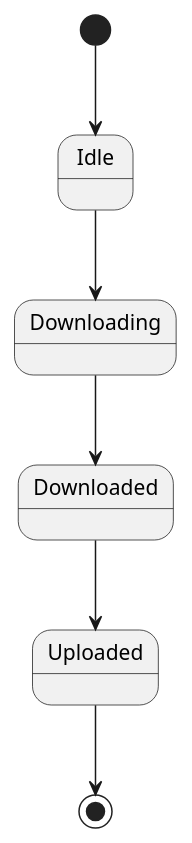
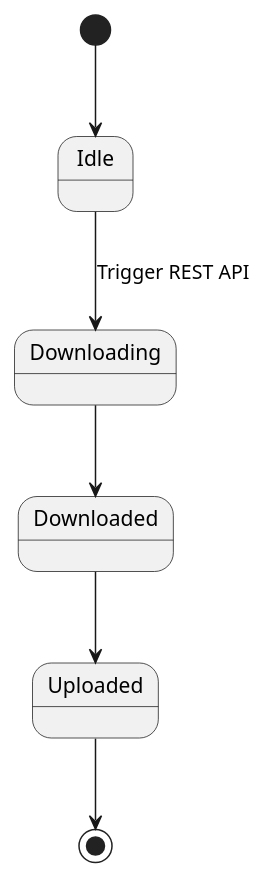
Before and after one commit to yanghoon/obsidian-workspace: the diagram in _diary/2024-06-21.md, drawn with PlantUML.

Commit message:
vault backup: 2024-06-23 19:36:32

````diff
--- a/_diary/2024-06-21.md
+++ b/_diary/2024-06-21.md
@@ -52,11 +52,11 @@
 ```plantuml
 @startuml
 
 [*] --> Idle
-Idle --> Downloading
+Idle --> Downloading : Trigger REST API
 Downloading --> Downloaded
 Downloaded --> Uploaded
 Uploaded -->[*] 
 
 @enduml
 ```
````
